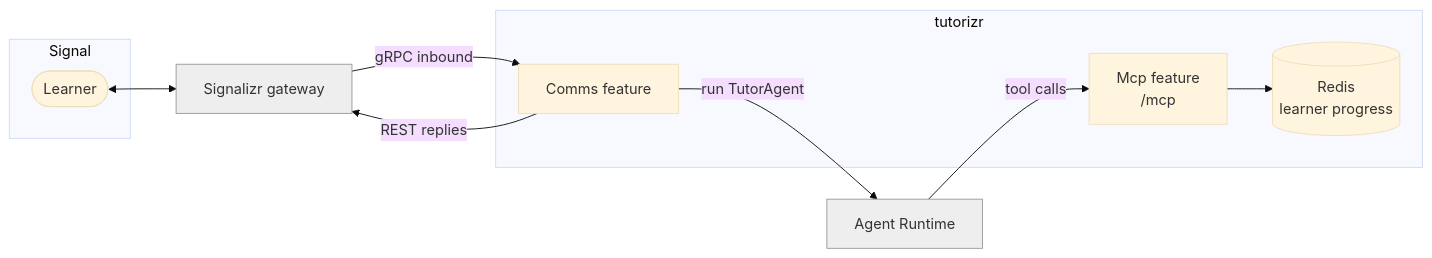
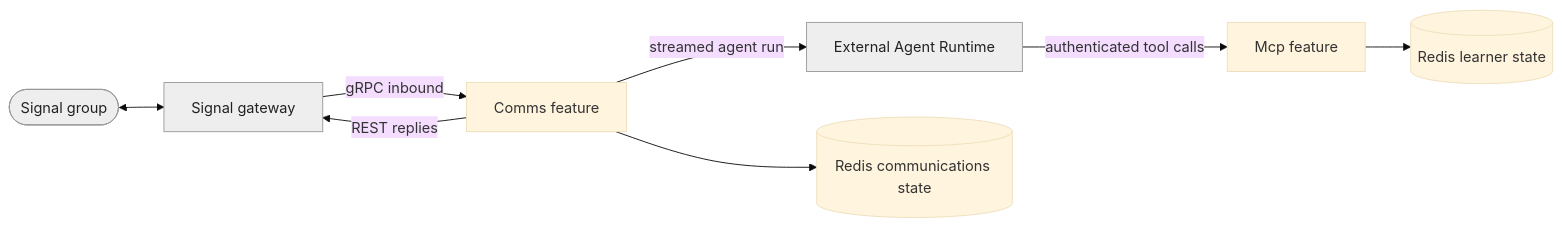
The diagram in README.md (f2calv/tutorizr), drawn with Mermaid (base theme) before and after one commit. The commit also changed other lines of this file and 3 other files, not shown here.

````diff
--- a/README.md
+++ b/README.md
@@ -17,25 +56,12 @@
 ```mermaid
 flowchart LR
-    subgraph signal[Signal]
-        user([Learner])
-    end
-
-    subgraph tutorizr[tutorizr]
-        comms[Comms feature]
-        mcp[Mcp feature<br/>/mcp]
-        store[(Redis<br/>learner progress)]
-    end
-
-    gateway[Signalizr gateway]
-    runtime[Agent Runtime]
-
-    user <--> gateway
-    gateway -- gRPC inbound --> comms
-    comms -- REST replies --> gateway
-    comms -- run TutorAgent --> runtime
-    runtime -- tool calls --> mcp
-    mcp --> store
-
-    classDef external fill:#eee,stroke:#999
-    class gateway,runtime external
+    Learner([Signal group]) <--> Gateway[Signal gateway]
+    Gateway -- gRPC inbound --> Comms[Comms feature]
+    Comms -- REST replies --> Gateway
+    Comms -- streamed agent run --> Runtime[External Agent Runtime]
+    Runtime -- authenticated tool calls --> Mcp[Mcp feature]
+    Mcp --> Store[(Redis learner state)]
+    Comms --> Queue[(Redis communications state)]
+    classDef external fill:#eee,stroke:#999,color:#222
+    class Learner,Gateway,Runtime external
 ```
````
